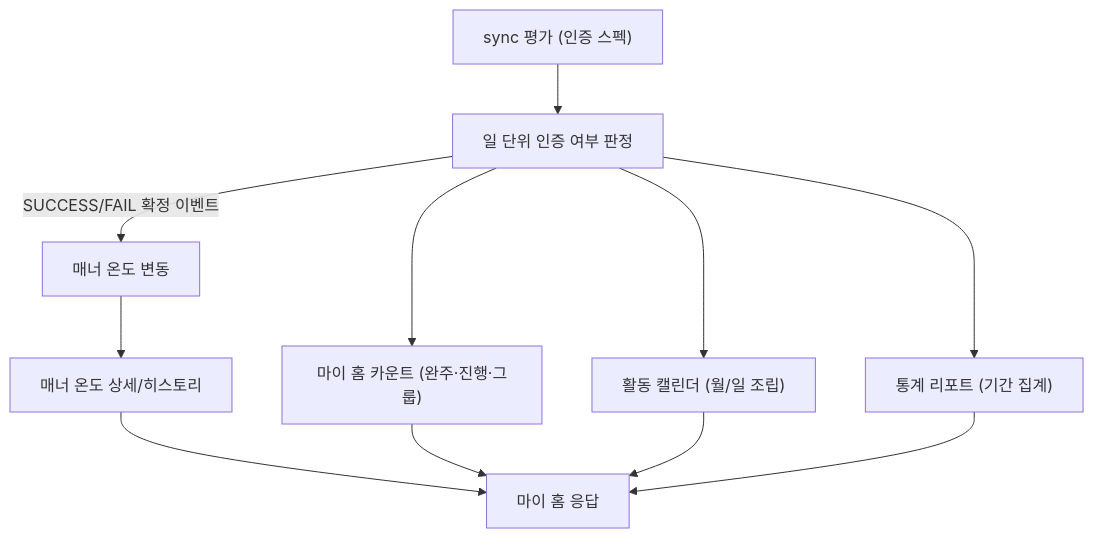
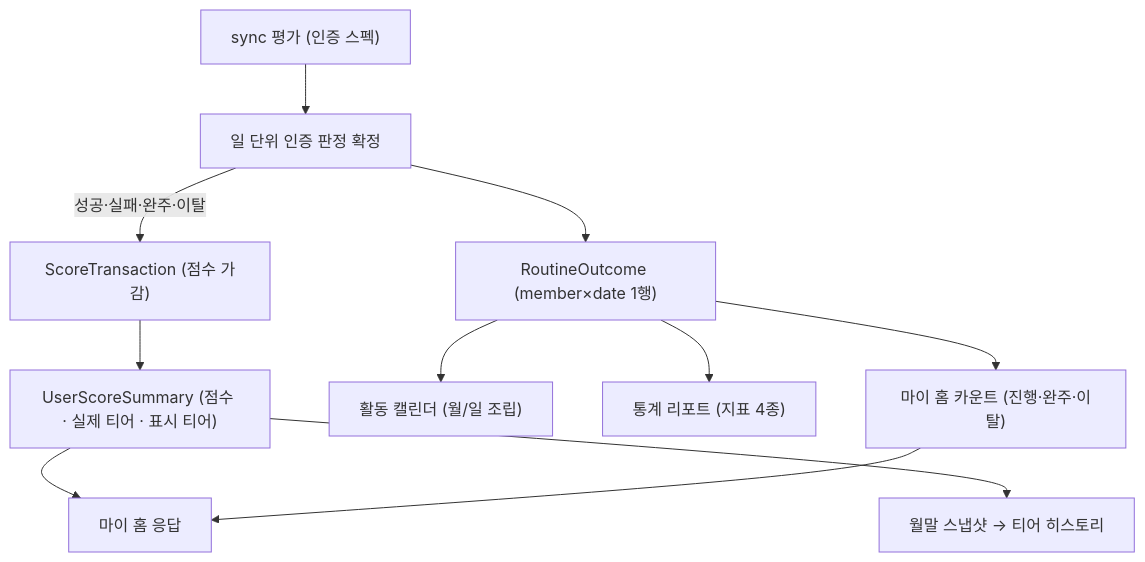
One commit to RuleUp-ASM/Backend changed the first of 4 diagrams in docs/profile/마이프로필_캘린더_테크스펙.md. Above: the diagram before and after it, drawn with Mermaid. The commit also changed other lines of this file and 7 other files, not shown here.

````diff
--- a/docs/profile/마이프로필_캘린더_테크스펙.md
+++ b/docs/profile/마이프로필_캘린더_테크스펙.md
@@ -48,13 +62,13 @@
 ```mermaid
 flowchart TD
-    SYNC["sync 평가 (인증 스펙)"] --> VD["일 단위 인증 여부 판정"]
-    VD -->|"SUCCESS/FAIL 확정 이벤트"| ME["매너 온도 변동"]
-    VD --> CAL["활동 캘린더 (월/일 조립)"]
-    VD --> ST["통계 리포트 (기간 집계)"]
-    VD --> CNT["마이 홈 카운트 (완주·진행·그룹)"]
-    ME --> MT["매너 온도 상세/히스토리"]
-    MT --> HOME["마이 홈 응답"]
+    SYNC["sync 평가 (인증 스펙)"] --> VD["일 단위 인증 판정 확정"]
+    VD --> RO["RoutineOutcome (member×date 1행)"]
+    VD -->|"성공·실패·완주·이탈"| TX["ScoreTransaction (점수 가감)"]
+    TX --> SUM["UserScoreSummary (점수 · 실제 티어 · 표시 티어)"]
+    SUM --> SNAP["월말 스냅샷 → 티어 히스토리"]
+    RO --> CAL["활동 캘린더 (월/일 조립)"]
+    RO --> ST["통계 리포트 (지표 4종)"]
+    RO --> CNT["마이 홈 카운트 (진행·완주·이탈)"]
+    SUM --> HOME["마이 홈 응답"]
     CNT --> HOME
-    CAL --> HOME
-    ST --> HOME
 ```
````
